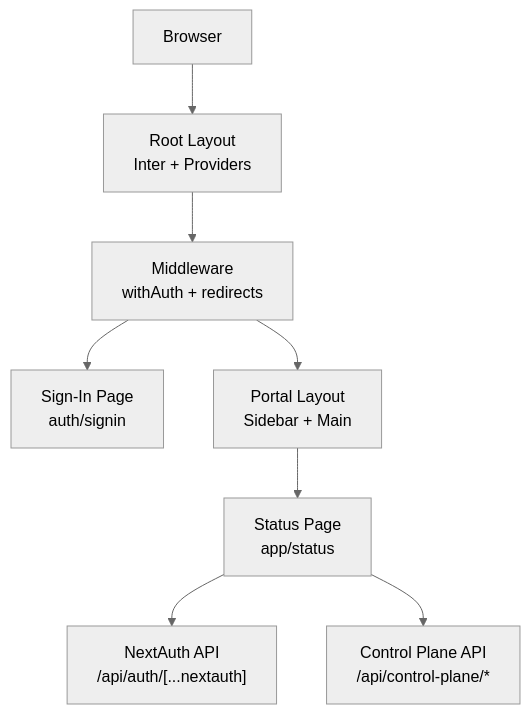
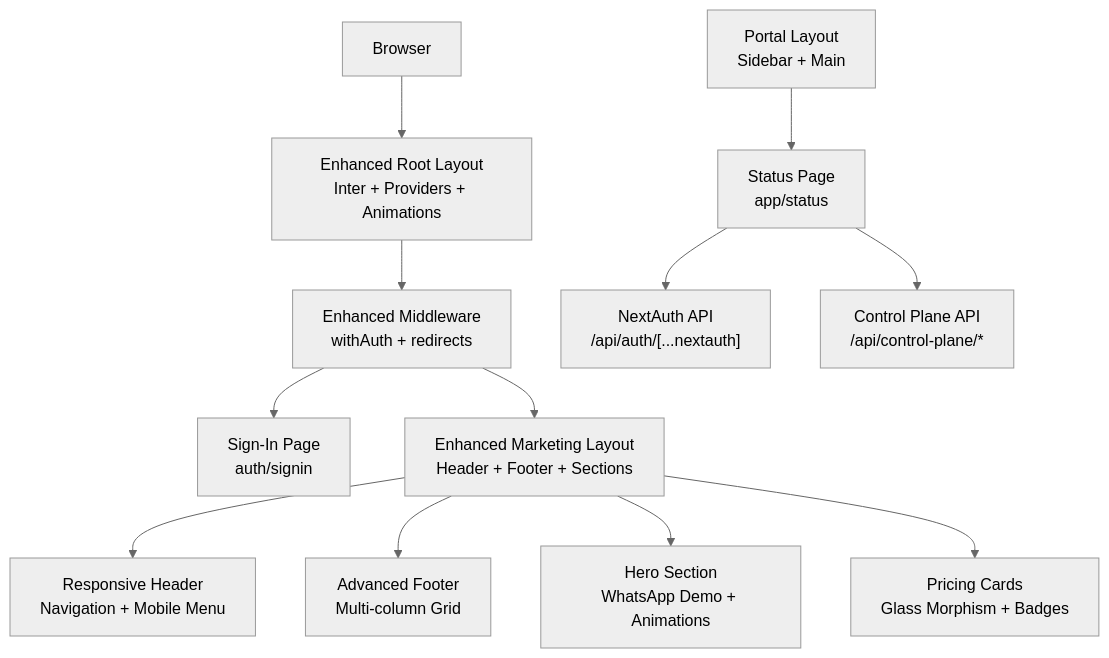
One commit to askchiwa-spec/FLOW-HQ-BOT changed the second of 14 diagrams in .qoder/repowiki/en/content/Frontend Application/Application Architecture.md. Above: the diagram before and after it, drawn with Mermaid (neutral theme). The commit also changed other lines of this file and 11 other files, not shown here.

````diff
--- a/.qoder/repowiki/en/content/Frontend Application/Application Architecture.md
+++ b/.qoder/repowiki/en/content/Frontend Application/Application Architecture.md
@@ -109,18 +150,27 @@
 ```mermaid
 graph TB
 Client["Browser"]
-RootLayout["Root Layout<br/>Inter + Providers"]
-MW["Middleware<br/>withAuth + redirects"]
+RootLayout["Enhanced Root Layout<br/>Inter + Providers + Animations"]
+MW["Enhanced Middleware<br/>withAuth + redirects"]
 AuthAPI["NextAuth API<br/>/api/auth/[...nextauth]"]
 SignIn["Sign-In Page<br/>auth/signin"]
+MarketingLayout["Enhanced Marketing Layout<br/>Header + Footer + Sections"]
+Header["Responsive Header<br/>Navigation + Mobile Menu"]
+Footer["Advanced Footer<br/>Multi-column Grid"]
+Hero["Hero Section<br/>WhatsApp Demo + Animations"]
+Pricing["Pricing Cards<br/>Glass Morphism + Badges"]
 PortalLayout["Portal Layout<br/>Sidebar + Main"]
 StatusPage["Status Page<br/>app/status"]
 ControlPlane["Control Plane API<br/>/api/control-plane/*"]
 Client --> RootLayout
 RootLayout --> MW
 MW --> SignIn
-MW --> PortalLayout
+MW --> MarketingLayout
+MarketingLayout --> Header
+MarketingLayout --> Footer
+MarketingLayout --> Hero
+MarketingLayout --> Pricing
 PortalLayout --> StatusPage
 StatusPage --> AuthAPI
 StatusPage --> ControlPlane
 ```
````
